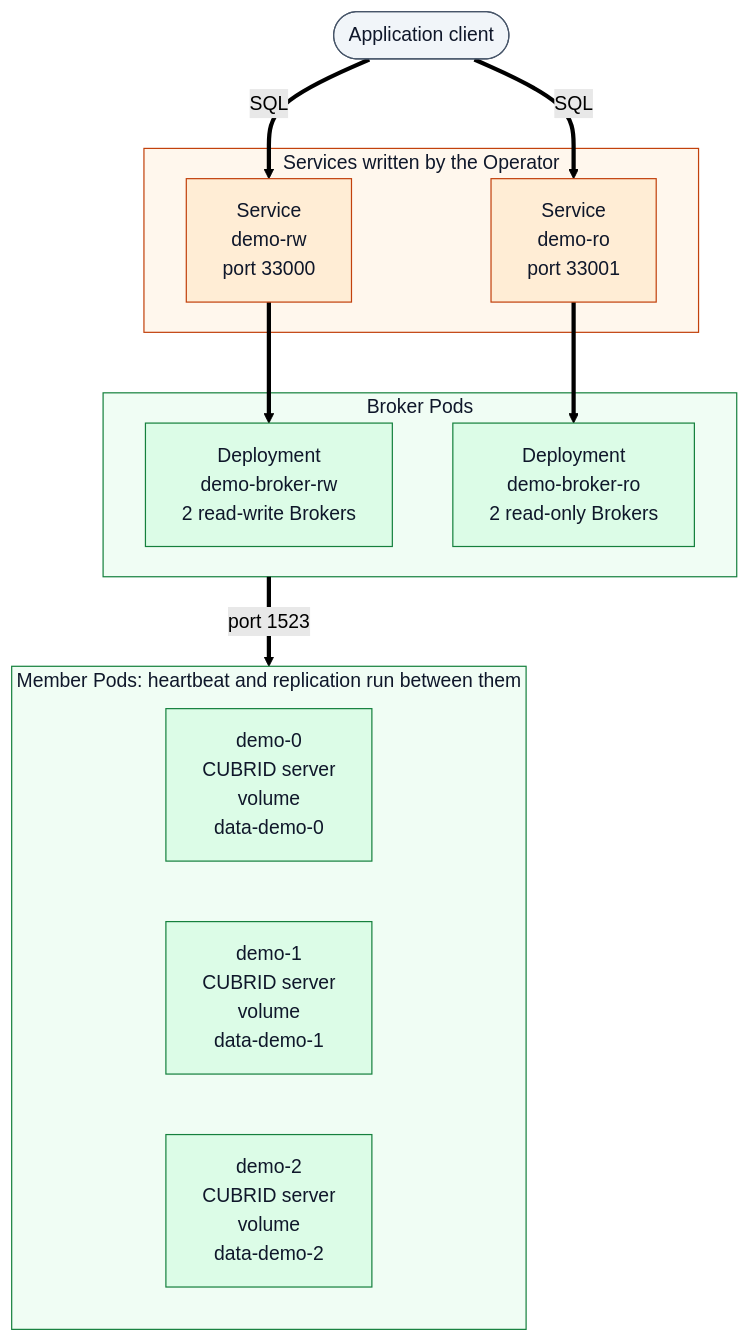
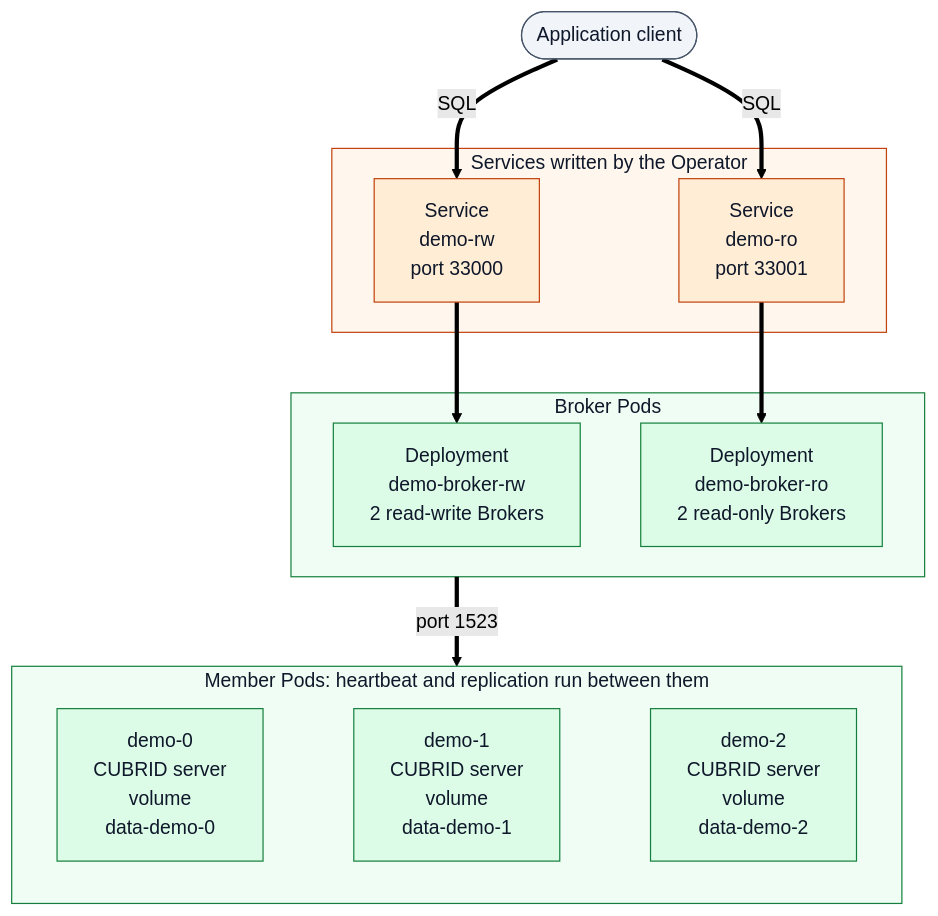
The second of 2 diagrams in docs/architecture/topology.md (cubrid-lab/cubrid-kubernetes-operator), drawn with Mermaid (forest theme) before and after one commit.

Commit message:
docs(architecture): keep the member Pods in name order

````diff
--- a/docs/architecture/topology.md
+++ b/docs/architecture/topology.md
@@ -71,35 +71,37 @@
 ```mermaid
 flowchart TB
     client(["Application client"]):::ext
 
     subgraph svcs["Services written by the Operator"]
         rw["Service<br/>demo-rw<br/>port 33000"]:::op
         ro["Service<br/>demo-ro<br/>port 33001"]:::op
     end
 
     subgraph brokers["Broker Pods"]
         brw["Deployment<br/>demo-broker-rw<br/>2 read-write Brokers"]:::cubrid
         bro["Deployment<br/>demo-broker-ro<br/>2 read-only Brokers"]:::cubrid
     end
 
     subgraph members["Member Pods: heartbeat and replication run between them"]
+        direction LR
         m0["demo-0<br/>CUBRID server<br/>volume<br/>data-demo-0"]:::cubrid
         m1["demo-1<br/>CUBRID server<br/>volume<br/>data-demo-1"]:::cubrid
         m2["demo-2<br/>CUBRID server<br/>volume<br/>data-demo-2"]:::cubrid
+        m0 ~~~ m1 ~~~ m2
     end
 
     client == "SQL" ==> rw
     client == "SQL" ==> ro
     rw ==> brw
     ro ==> bro
     brokers == "port 1523" ==> members
 
     classDef k8s fill:#dbeafe,stroke:#1d4ed8,color:#0f172a
     classDef op fill:#ffedd5,stroke:#c2410c,color:#0f172a
     classDef cubrid fill:#dcfce7,stroke:#15803d,color:#0f172a
     classDef ext fill:#f1f5f9,stroke:#475569,color:#0f172a
 
     style svcs fill:#fff7ed,stroke:#c2410c,color:#0f172a
     style brokers fill:#f0fdf4,stroke:#15803d,color:#0f172a
     style members fill:#f0fdf4,stroke:#15803d,color:#0f172a
 ```
````
